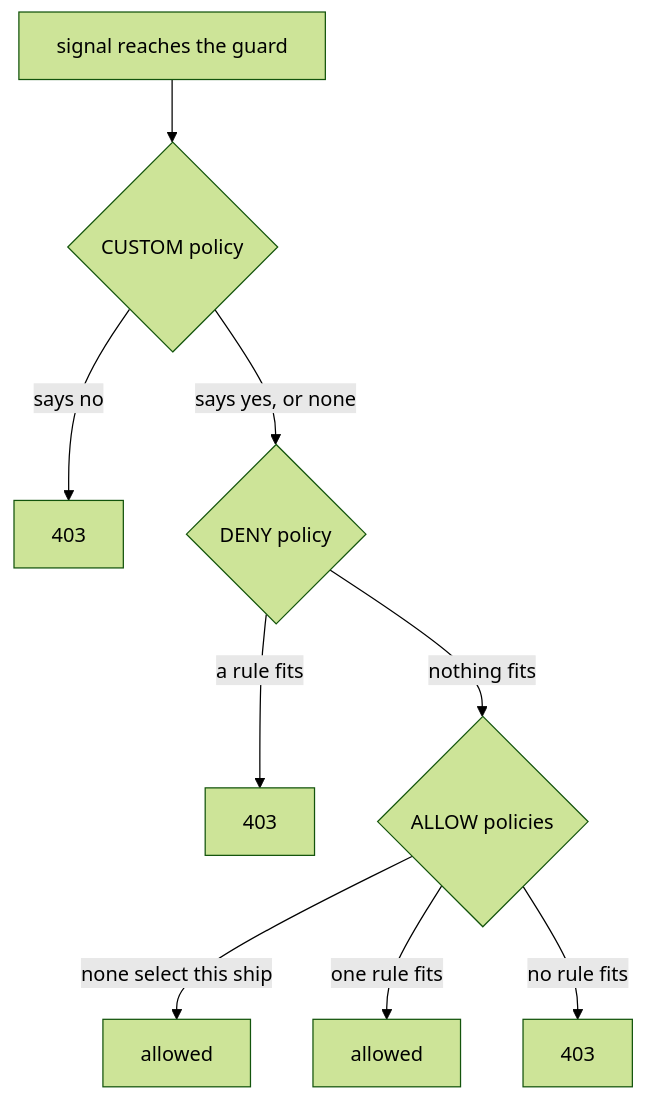
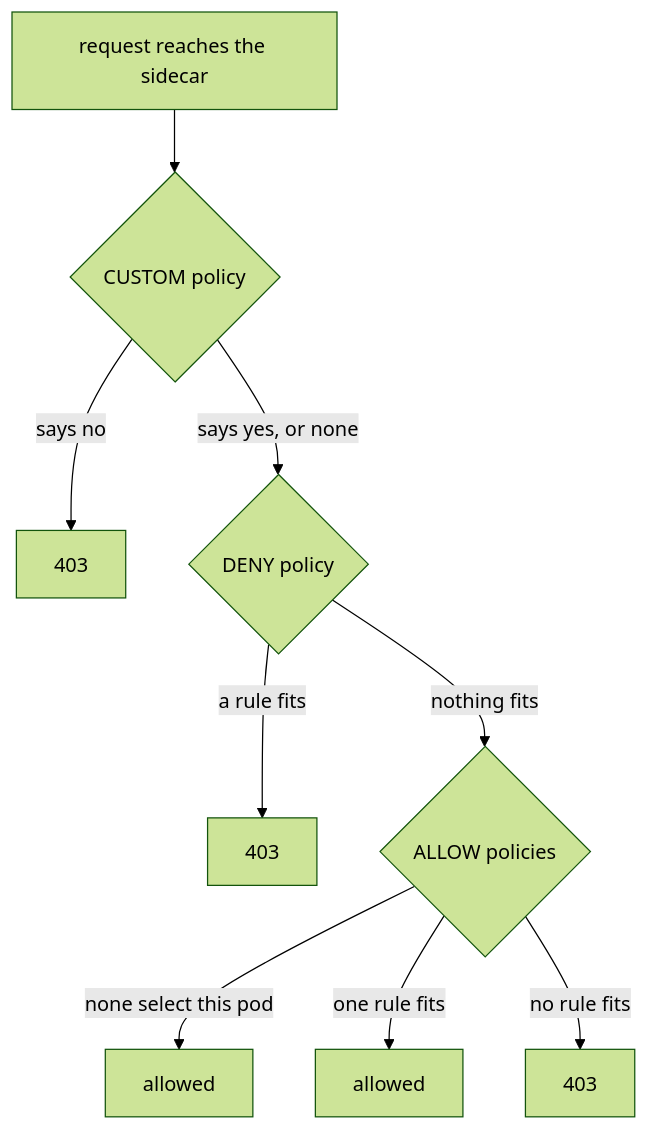
Before and after one commit to astrona-io/ATS015: the diagram in sections/section-020/module-02/course-01-the-guard-checks-the-banned-list-first.md, drawn with Mermaid (forest theme). The commit also changed other lines of this file and 40 other files, not shown here.

````diff
--- a/sections/section-020/module-02/course-01-the-guard-checks-the-banned-list-first.md
+++ b/sections/section-020/module-02/course-01-the-guard-checks-the-banned-list-first.md
@@ -15,11 +15,11 @@
 ```mermaid
 flowchart TB
-    S["signal reaches the guard"] --> C{"CUSTOM policy"}
+    S["request reaches the sidecar"] --> C{"CUSTOM policy"}
     C -->|"says no"| D1["403"]
     C -->|"says yes, or none"| D{"DENY policy"}
     D -->|"a rule fits"| D2["403"]
     D -->|"nothing fits"| A{"ALLOW policies"}
-    A -->|"none select this ship"| OK1["allowed"]
+    A -->|"none select this pod"| OK1["allowed"]
     A -->|"one rule fits"| OK2["allowed"]
     A -->|"no rule fits"| D3["403"]
 ```
````
